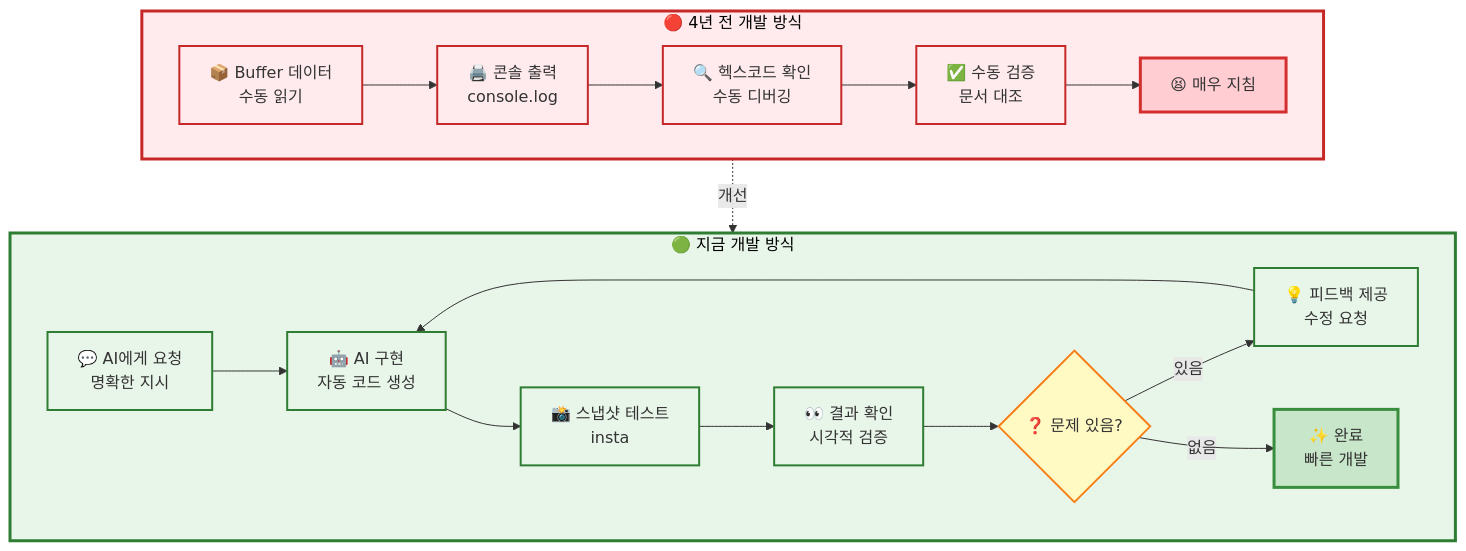
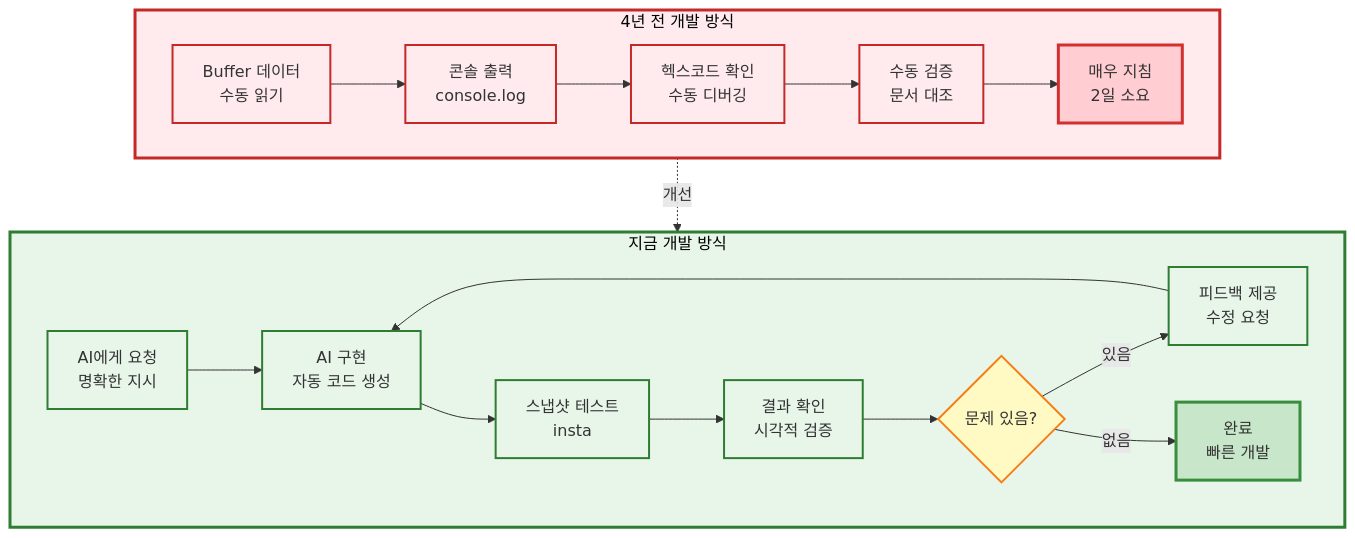
The diagram in docs/monthly-opensource/hwpjs/development-2.mdx (ohah/ohah.github.io), drawn with Mermaid before and after one commit. The commit also changed other lines of this file and 2 other files, not shown here.

Commit message:
fix(docs): resolve mermaid build error and update development stats
- Fix dagre-d3-es lodash-es import error by adding lodash alias

- Add lodash and lodash-es dependencies

- Update development-2.mdx with accurate commit count (105) and code lines (330k+)

- Fix mermaid diagram syntax by removing emojis

````diff
--- a/docs/monthly-opensource/hwpjs/development-2.mdx
+++ b/docs/monthly-opensource/hwpjs/development-2.mdx
@@ -207,40 +212,40 @@
 ```mermaid
 graph TB
-    subgraph 과거["🔴 4년 전 개발 방식"]
+    subgraph 과거["4년 전 개발 방식"]
         direction LR
-        A1["📦 Buffer 데이터<br/>수동 읽기"] --> A2["🖨️ 콘솔 출력<br/>console.log"]
-        A2 --> A3["🔍 헥스코드 확인<br/>수동 디버깅"]
-        A3 --> A4["✅ 수동 검증<br/>문서 대조"]
-        A4 --> A5["😫 매우 지침<br/>"]
+        A1["Buffer 데이터<br/>수동 읽기"] --> A2["콘솔 출력<br/>console.log"]
+        A2 --> A3["헥스코드 확인<br/>수동 디버깅"]
+        A3 --> A4["수동 검증<br/>문서 대조"]
+        A4 --> A5["매우 지침<br/>2일 소요"]
         
         style A1 fill:#ffebee,stroke:#c62828,stroke-width:2px
         style A2 fill:#ffebee,stroke:#c62828,stroke-width:2px
         style A3 fill:#ffebee,stroke:#c62828,stroke-width:2px
         style A4 fill:#ffebee,stroke:#c62828,stroke-width:2px
         style A5 fill:#ffcdd2,stroke:#d32f2f,stroke-width:3px
     end
     
-    subgraph 현재["🟢 지금 개발 방식"]
+    subgraph 현재["지금 개발 방식"]
         direction LR
-        B1["💬 AI에게 요청<br/>명확한 지시"] --> B2["🤖 AI 구현<br/>자동 코드 생성"]
-        B2 --> B3["📸 스냅샷 테스트<br/>insta"]
-        B3 --> B4["👀 결과 확인<br/>시각적 검증"]
-        B4 --> B5{❓ 문제 있음?}
-        B5 -->|있음| B6["💡 피드백 제공<br/>수정 요청"]
+        B1["AI에게 요청<br/>명확한 지시"] --> B2["AI 구현<br/>자동 코드 생성"]
+        B2 --> B3["스냅샷 테스트<br/>insta"]
+        B3 --> B4["결과 확인<br/>시각적 검증"]
+        B4 --> B5{문제 있음?}
+        B5 -->|있음| B6["피드백 제공<br/>수정 요청"]
         B6 --> B2
-        B5 -->|없음| B7["✨ 완료<br/>빠른 개발"]
+        B5 -->|없음| B7["완료<br/>빠른 개발"]
         
         style B1 fill:#e8f5e9,stroke:#2e7d32,stroke-width:2px
         style B2 fill:#e8f5e9,stroke:#2e7d32,stroke-width:2px
         style B3 fill:#e8f5e9,stroke:#2e7d32,stroke-width:2px
         style B4 fill:#e8f5e9,stroke:#2e7d32,stroke-width:2px
         style B5 fill:#fff9c4,stroke:#f57f17,stroke-width:2px
         style B6 fill:#e8f5e9,stroke:#2e7d32,stroke-width:2px
         style B7 fill:#c8e6c9,stroke:#388e3c,stroke-width:3px
     end
     
     과거 -.->|개선| 현재
     
     style 과거 fill:#ffebee,stroke:#c62828,stroke-width:3px,color:#000
     style 현재 fill:#e8f5e9,stroke:#2e7d32,stroke-width:3px,color:#000
 ```
````
